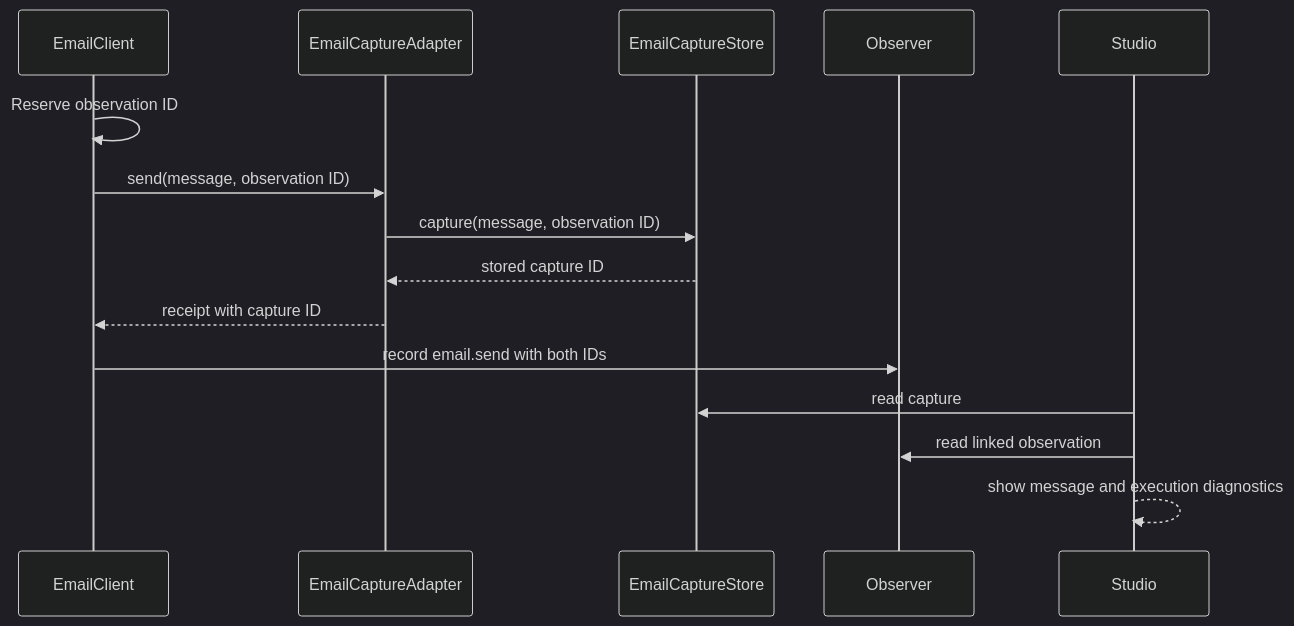
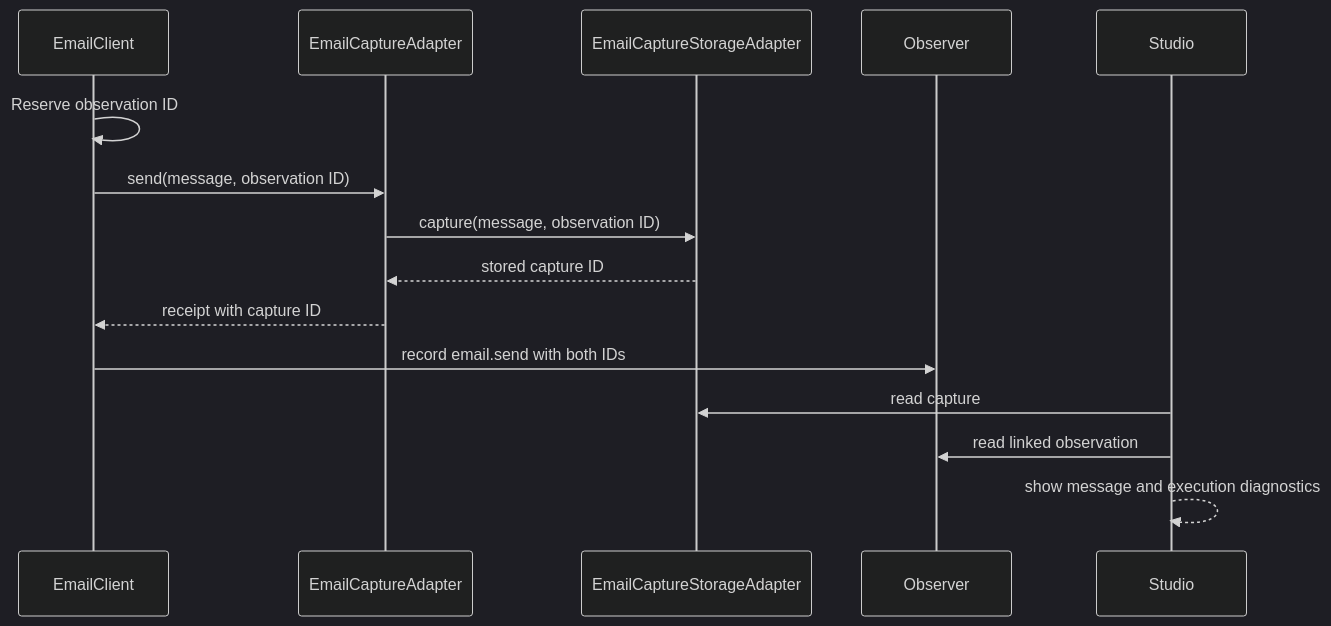
The fourth of 4 diagrams in docs/implementation/email.md (antarestupin/kestrel-framework), drawn with Mermaid (dark theme) before and after one commit. The commit also changed other lines of this file and 212 other files, not shown here.

````diff
--- a/docs/implementation/email.md
+++ b/docs/implementation/email.md
@@ -281,18 +232,18 @@
 ```mermaid
 sequenceDiagram
     participant Client as EmailClient
     participant Adapter as EmailCaptureAdapter
-    participant Store as EmailCaptureStore
+    participant Store as EmailCaptureStorageAdapter
     participant Observer
     participant Studio
 
     Client->>Client: Reserve observation ID
     Client->>Adapter: send(message, observation ID)
     Adapter->>Store: capture(message, observation ID)
     Store-->>Adapter: stored capture ID
     Adapter-->>Client: receipt with capture ID
     Client->>Observer: record email.send with both IDs
     Studio->>Store: read capture
     Studio->>Observer: read linked observation
     Studio-->>Studio: show message and execution diagnostics
 ```
````
